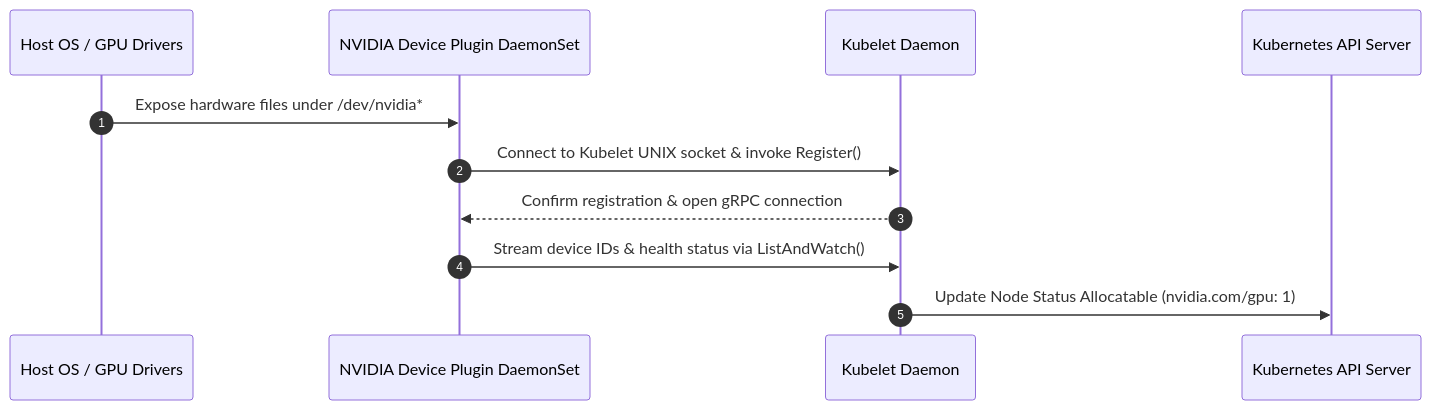
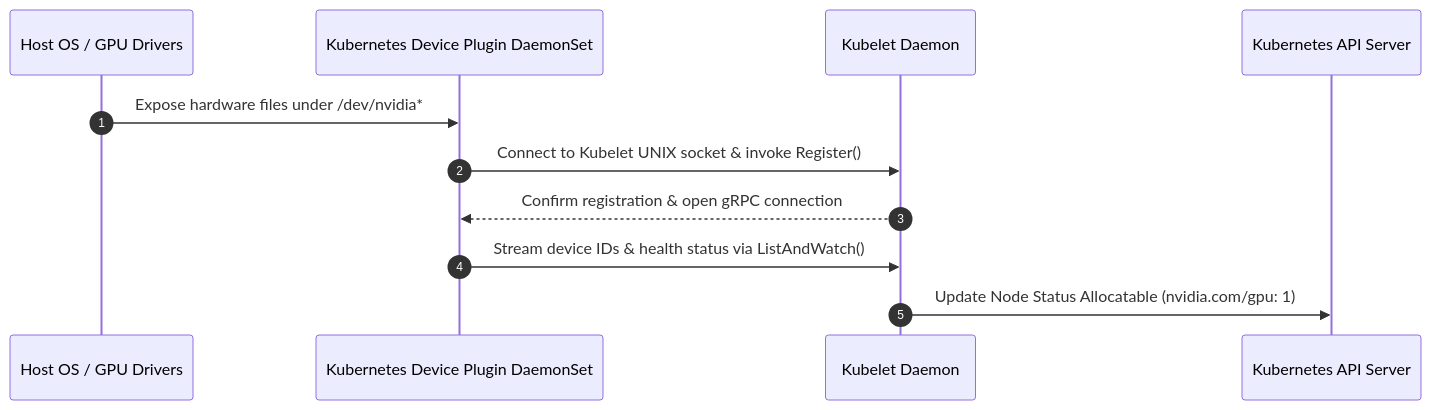
The diagram in docs/interview-notes/device-plugin.md (ok-karthik/ai-infrastructure-on-eks), drawn with Mermaid before and after one commit. The commit also changed other lines of this file and 17 other files, not shown here.

````diff
--- a/docs/interview-notes/device-plugin.md
+++ b/docs/interview-notes/device-plugin.md
@@ -11,14 +11,14 @@
 ```mermaid
 sequenceDiagram
     autonumber
     participant Host as Host OS / GPU Drivers
-    participant DP as NVIDIA Device Plugin DaemonSet
+    participant DP as Kubernetes Device Plugin DaemonSet
     participant Kubelet as Kubelet Daemon
     participant APIServer as Kubernetes API Server
 
     Host->>DP: Expose hardware files under /dev/nvidia*
     DP->>Kubelet: Connect to Kubelet UNIX socket & invoke Register()
     Kubelet-->>DP: Confirm registration & open gRPC connection
     DP->>Kubelet: Stream device IDs & health status via ListAndWatch()
     Kubelet->>APIServer: Update Node Status Allocatable (nvidia.com/gpu: 1)
 ```
````
